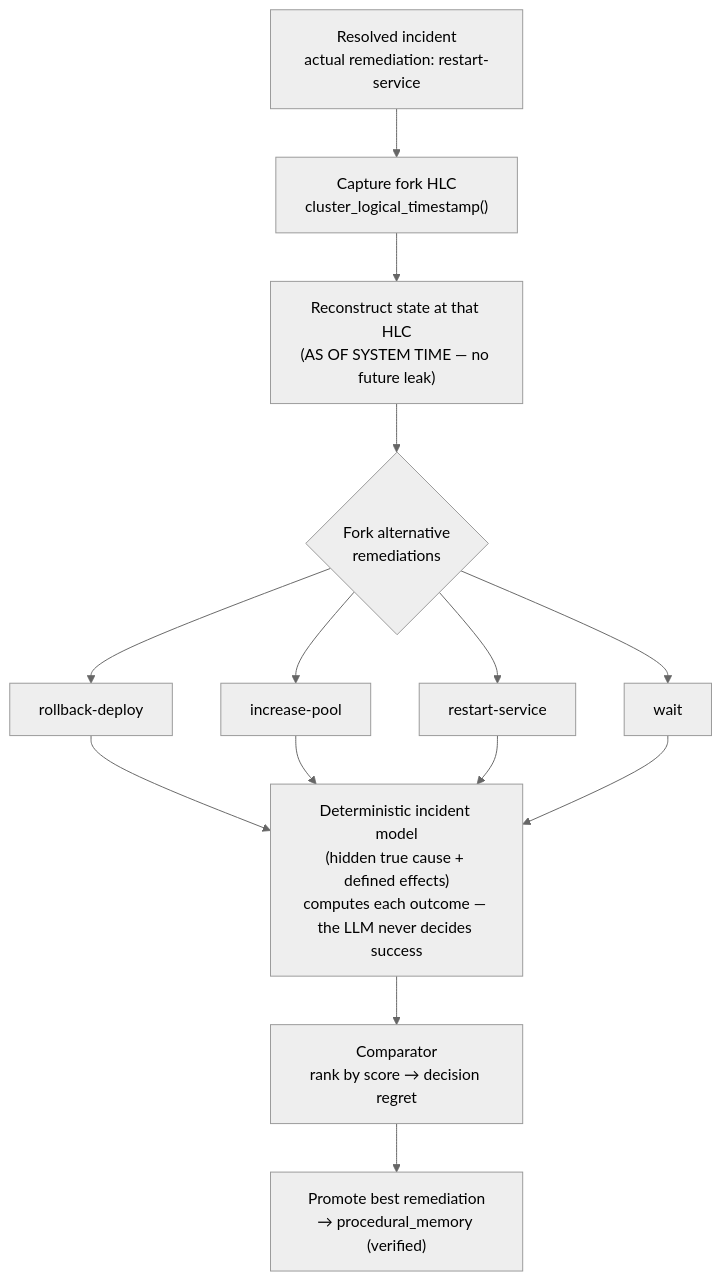
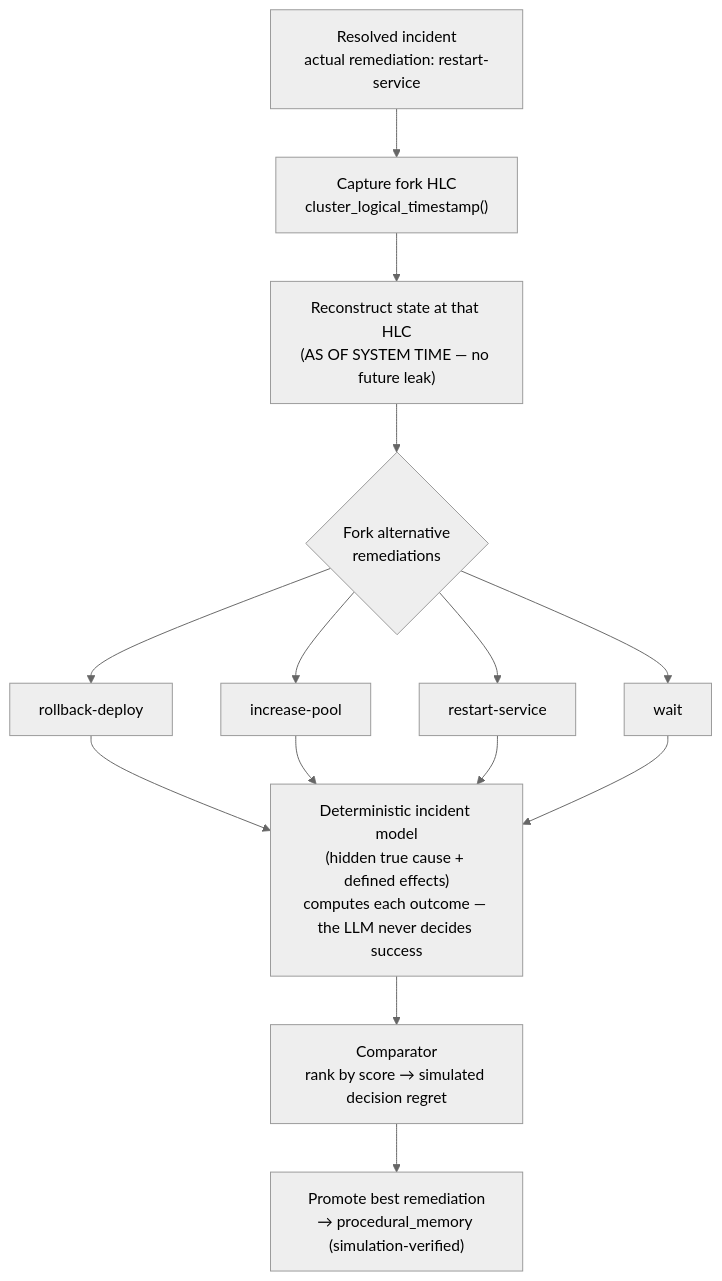
The third of 7 diagrams in README.md (umarhashmi2002/backcast), drawn with Mermaid (neutral theme) before and after one commit. The commit also changed other lines of this file and 12 other files, not shown here.

````diff
--- a/README.md
+++ b/README.md
@@ -214,13 +215,13 @@
 ```mermaid
 flowchart TB
   R["Resolved incident<br/>actual remediation: restart-service"] --> H["Capture fork HLC<br/>cluster_logical_timestamp()"]
   H --> RS["Reconstruct state at that HLC<br/>(AS OF SYSTEM TIME — no future leak)"]
   RS --> FK{"Fork alternative<br/>remediations"}
   FK --> B1["rollback-deploy"]
   FK --> B2["increase-pool"]
   FK --> B3["restart-service"]
   FK --> B4["wait"]
   B1 & B2 & B3 & B4 --> M["Deterministic incident model<br/>(hidden true cause + defined effects)<br/>computes each outcome — the LLM never decides success"]
-  M --> C["Comparator<br/>rank by score → decision regret"]
-  C --> L["Promote best remediation<br/>→ procedural_memory (verified)"]
+  M --> C["Comparator<br/>rank by score → simulated decision regret"]
+  C --> L["Promote best remediation<br/>→ procedural_memory (simulation-verified)"]
 ```
````
